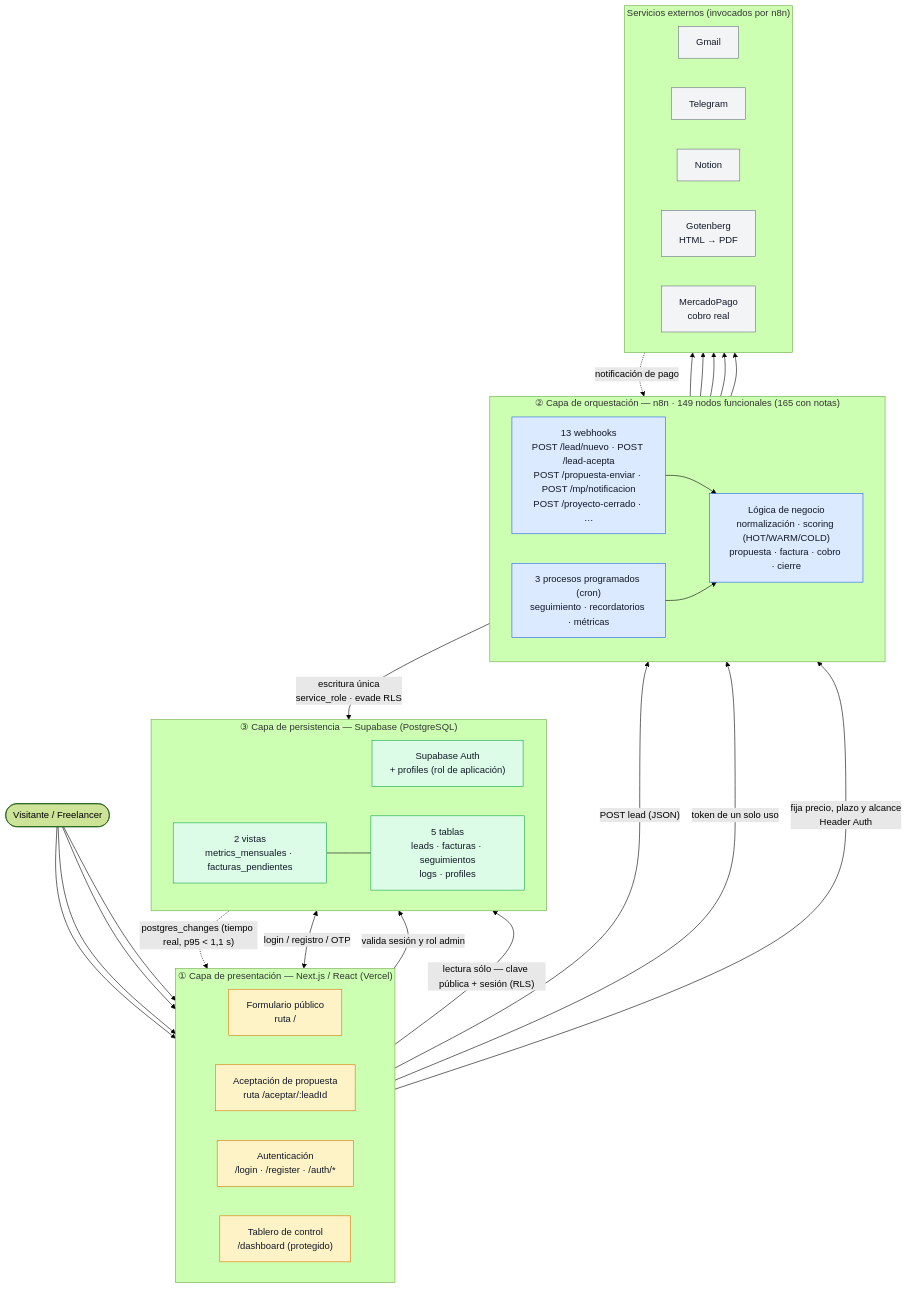
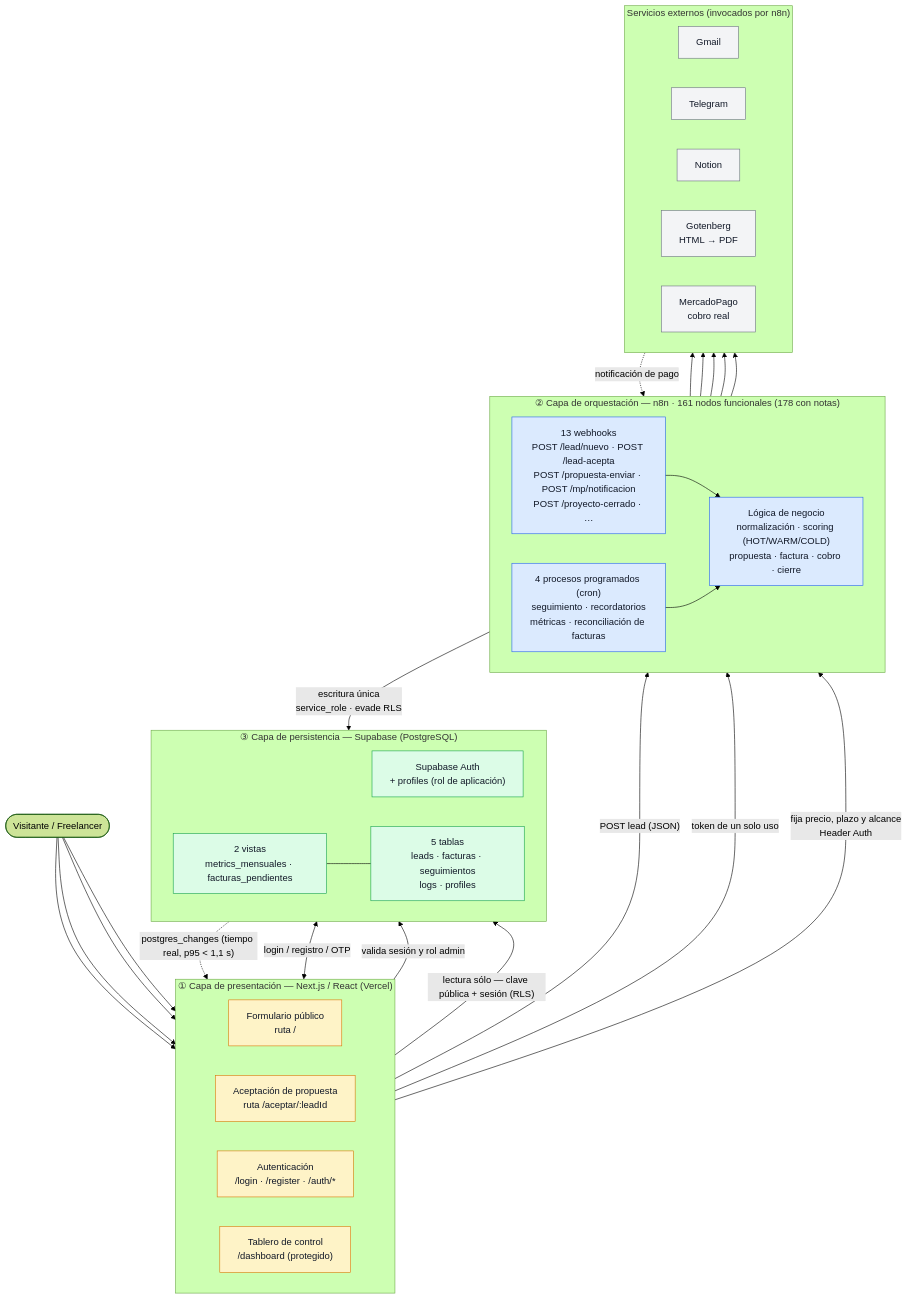
One commit to Boit-6/Tesis changed the diagram in FormularioLeads/docs/figura-1-arquitectura.mmd. Above: the diagram before and after it, drawn with Mermaid (forest theme). The commit also changed 12 other files, not shown here.

First line of the commit message:
feat+docs: cerrar S6 (idempotencia en la captación) y mitigar S5 (reconciliación de facturas)

```diff
--- a/FormularioLeads/docs/figura-1-arquitectura.mmd
+++ b/FormularioLeads/docs/figura-1-arquitectura.mmd
@@ -1,62 +1,62 @@
 flowchart TB
 %% Figura 1 — Arquitectura en tres capas (frontend -> n8n -> Supabase)
 %% Trabajo Final: Automatización del Ciclo de Vida del Cliente para Freelancers con n8n
 %% Cifras verificadas contra workflow/crm_postgres.json y db/schema.sql (26-ago-2026).
     U(["Visitante / Freelancer"])
 
     subgraph FE["① Capa de presentación — Next.js / React (Vercel)"]
         direction LR
         F1["Formulario público<br/>ruta /"]
         F2["Aceptación de propuesta<br/>ruta /aceptar/:leadId"]
         F3["Autenticación<br/>/login · /register · /auth/*"]
         F4["Tablero de control<br/>/dashboard (protegido)"]
     end
 
-    subgraph N8N["② Capa de orquestación — n8n · 149 nodos funcionales (165 con notas)"]
+    subgraph N8N["② Capa de orquestación — n8n · 161 nodos funcionales (178 con notas)"]
         direction LR
         WH["13 webhooks<br/>POST /lead/nuevo · POST /lead-acepta<br/>POST /propuesta-enviar · POST /mp/notificacion<br/>POST /proyecto-cerrado · …"]
         LG["Lógica de negocio<br/>normalización · scoring (HOT/WARM/COLD)<br/>propuesta · factura · cobro · cierre"]
-        CR["3 procesos programados (cron)<br/>seguimiento · recordatorios · métricas"]
+        CR["4 procesos programados (cron)<br/>seguimiento · recordatorios<br/>métricas · reconciliación de facturas"]
     end
 
     subgraph DB["③ Capa de persistencia — Supabase (PostgreSQL)"]
         direction LR
         AU["Supabase Auth<br/>+ profiles (rol de aplicación)"]
         TB["5 tablas<br/>leads · facturas · seguimientos<br/>logs · profiles"]
         VW["2 vistas<br/>metrics_mensuales · facturas_pendientes"]
     end
 
     subgraph EXT["Servicios externos (invocados por n8n)"]
         direction LR
         GM["Gmail"]
         TG["Telegram"]
         NO["Notion"]
         GT["Gotenberg<br/>HTML → PDF"]
         MP["MercadoPago<br/>cobro real"]
     end
 
     U --> F1 & F2 & F3 & F4
 
     F1 -->|"POST lead (JSON)"| WH
     F2 -->|"token de un solo uso"| WH
     F4 -->|"fija precio, plazo y alcance<br/>Header Auth"| WH
     F3 <-->|"login / registro / OTP"| AU
     F4 -->|"valida sesión y rol admin"| AU
     F4 -->|"lectura sólo — clave pública + sesión (RLS)"| VW
     VW --- TB
     TB -. "postgres_changes (tiempo real, p95 &lt; 1,1 s)" .-> F4
 
     WH --> LG
     CR --> LG
     LG -->|"escritura única<br/>service_role · evade RLS"| TB
     LG --> GM & TG & NO & GT & MP
     MP -. "notificación de pago" .-> WH
 
     classDef pres fill:#fef3c7,stroke:#d97706,color:#111827;
     classDef orch fill:#dbeafe,stroke:#2563eb,color:#111827;
     classDef data fill:#dcfce7,stroke:#16a34a,color:#111827;
     classDef ext  fill:#f3f4f6,stroke:#6b7280,color:#111827;
     class F1,F2,F3,F4 pres;
     class WH,LG,CR orch;
     class AU,TB,VW data;
     class GM,TG,NO,GT,MP ext;
```
